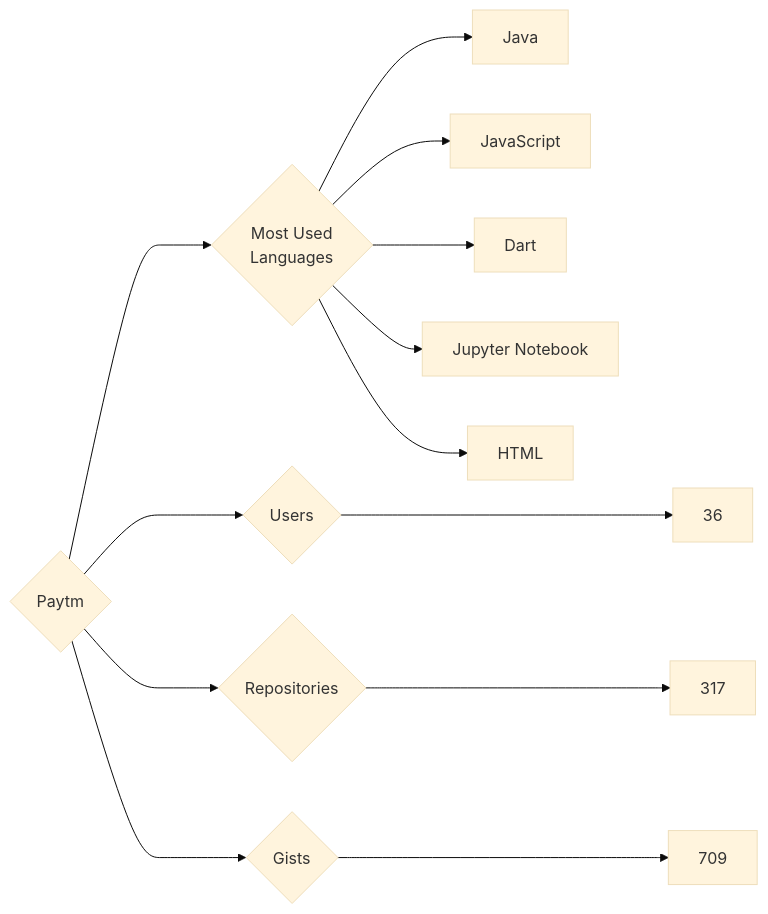
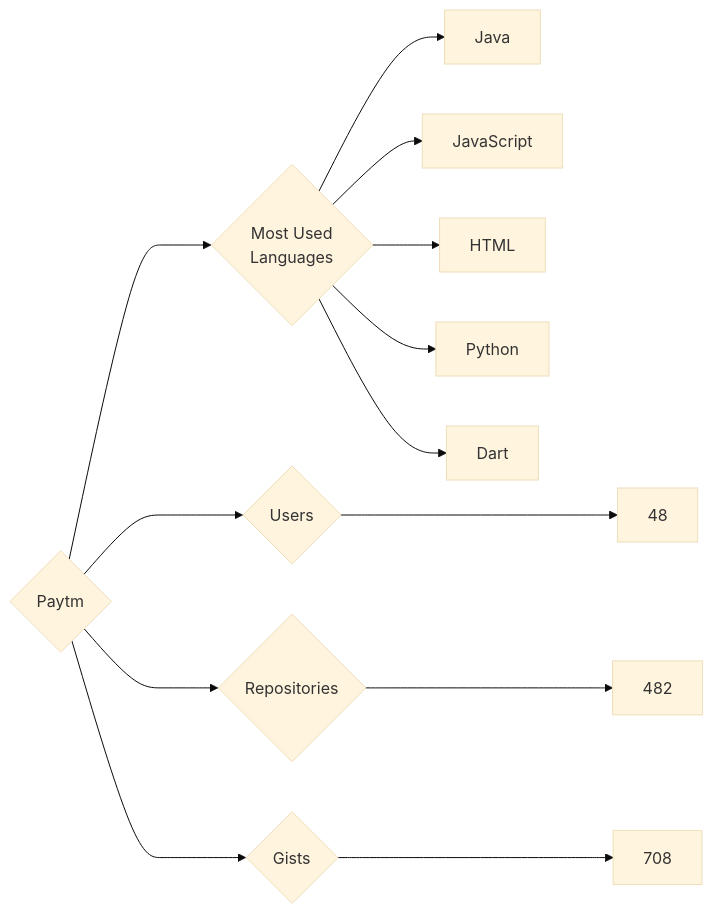
The diagram in targets/Paytm/README.md (trickest/insiders), drawn with Mermaid (base theme) before and after one commit. The commit also changed 886 other files, not shown here.

````diff
--- a/targets/Paytm/README.md
+++ b/targets/Paytm/README.md
@@ -3,13 +3,13 @@
 ```mermaid
 graph LR
 COMPANY_NAME{Paytm}
-COMPANY_NAME ---> U{Users} ---> UN[36]
-COMPANY_NAME ---> R{Repositories} ---> RN[317]
-COMPANY_NAME ---> G{Gists} ---> GN[709]
+COMPANY_NAME ---> U{Users} ---> UN[48]
+COMPANY_NAME ---> R{Repositories} ---> RN[482]
+COMPANY_NAME ---> G{Gists} ---> GN[708]
 COMPANY_NAME ---> ML{Most Used<br>Languages}
 ML --> Java[Java]
 ML --> JavaScript[JavaScript]
+ML --> HTML[HTML]
+ML --> Python[Python]
 ML --> Dart[Dart]
-ML --> Jupyter_Notebook[Jupyter Notebook]
-ML --> HTML[HTML]
 ```
````
